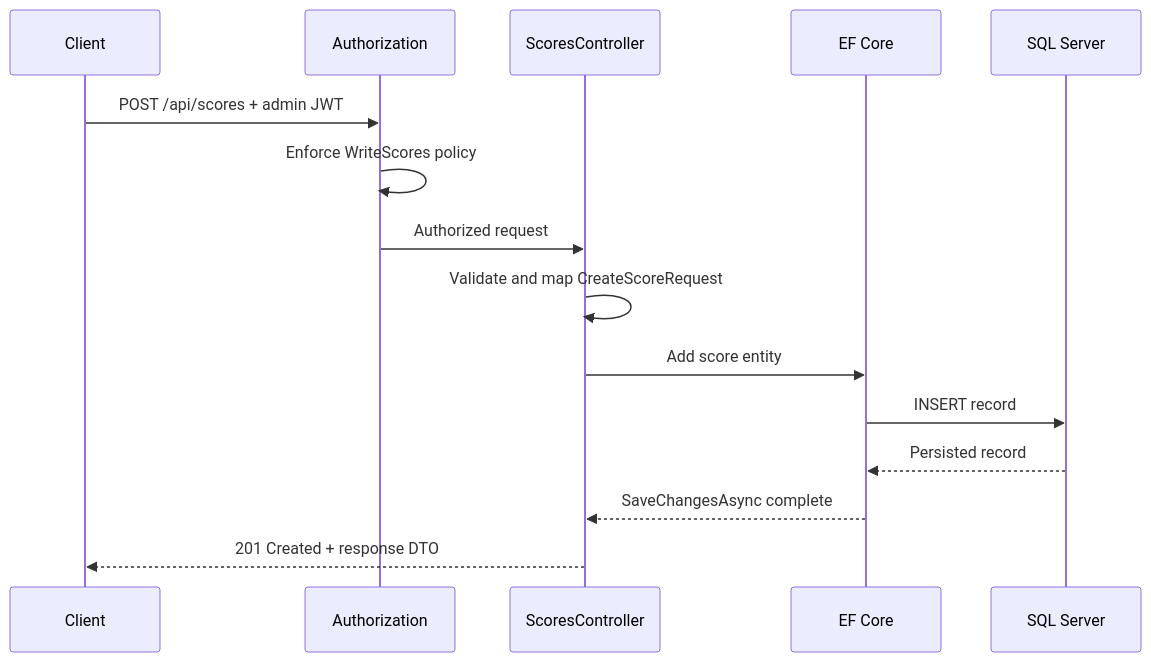
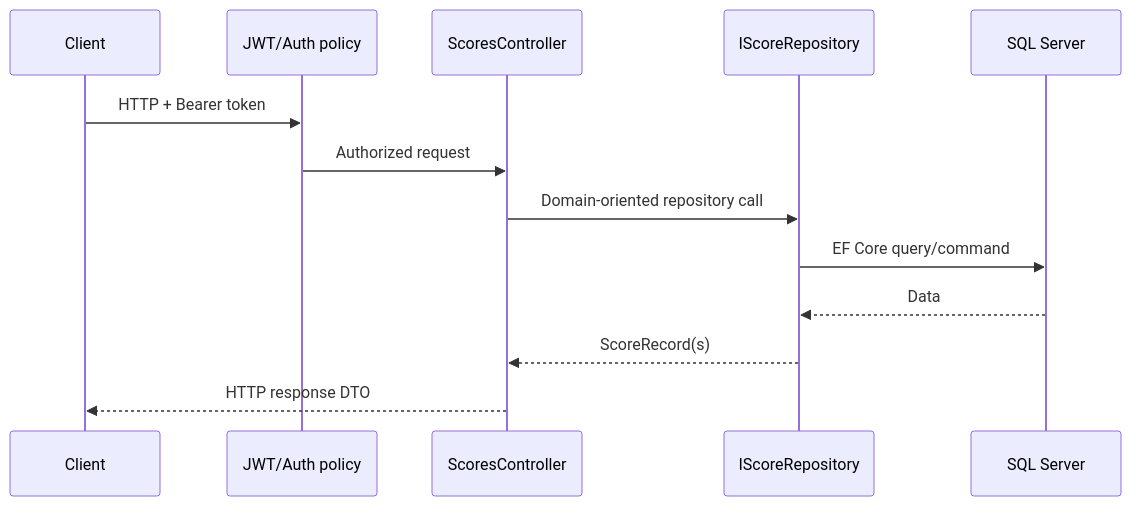
One commit to Mafuri1/ninety9Score changed the third of 3 diagrams in docs/ARCHITECTURE.md. Above: the diagram before and after it, drawn with Mermaid. The commit also changed other lines of this file and 51 other files, not shown here.

````diff
--- a/docs/ARCHITECTURE.md
+++ b/docs/ARCHITECTURE.md
@@ -160,18 +59,16 @@
 ```mermaid
 sequenceDiagram
-    participant C as Client
-    participant A as Authorization
-    participant S as ScoresController
-    participant E as EF Core
-    participant D as SQL Server
+    participant Client
+    participant Auth as JWT/Auth policy
+    participant API as ScoresController
+    participant Repo as IScoreRepository
+    participant DB as SQL Server
 
-    C->>A: POST /api/scores + admin JWT
-    A->>A: Enforce WriteScores policy
-    A->>S: Authorized request
-    S->>S: Validate and map CreateScoreRequest
-    S->>E: Add score entity
-    E->>D: INSERT record
-    D-->>E: Persisted record
-    E-->>S: SaveChangesAsync complete
-    S-->>C: 201 Created + response DTO
+    Client->>Auth: HTTP + Bearer token
+    Auth->>API: Authorized request
+    API->>Repo: Domain-oriented repository call
+    Repo->>DB: EF Core query/command
+    DB-->>Repo: Data
+    Repo-->>API: ScoreRecord(s)
+    API-->>Client: HTTP response DTO
 ```
````
